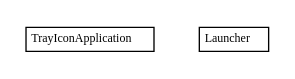
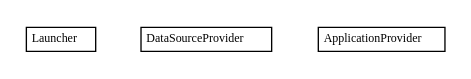
Before and after one commit to myunusov/pm: the diagram in components/apidocs/org/maxur/perfmodel/backend/org.maxur.perfmodel.backend.dot, drawn with Graphviz. The commit also changed 395 other files, not shown here.

```diff
--- a/components/apidocs/org/maxur/perfmodel/backend/org.maxur.perfmodel.backend.dot
+++ b/components/apidocs/org/maxur/perfmodel/backend/org.maxur.perfmodel.backend.dot
@@ -1,24 +1,30 @@
 #!/usr/local/bin/dot
 #
 # Class diagram 
 # Generated by UMLGraph version R5_6-24-gf6e263 (http://www.umlgraph.org/)
 #
 
 digraph G {
 	edge [fontname="Trebuchet MS",fontsize=10,labelfontname="Trebuchet MS",labelfontsize=10];
 	node [fontname="Trebuchet MS",fontsize=10,shape=plaintext];
 	nodesep=0.25;
 	ranksep=0.5;
-	// org.maxur.perfmodel.backend.TrayIconApplication
-	c35 [label=<<table title="org.maxur.perfmodel.backend.TrayIconApplication" border="0" cellborder="1" cellspacing="0" cellpadding="2" port="p" href="./TrayIconApplication.html">
-		<tr><td><table border="0" cellspacing="0" cellpadding="1">
-<tr><td align="center" balign="center"><font face="Trebuchet MS"> TrayIconApplication </font></td></tr>
-		</table></td></tr>
-		</table>>, URL="./TrayIconApplication.html", fontname="Trebuchet MS", fontcolor="black", fontsize=9.0];
 	// org.maxur.perfmodel.backend.Launcher
-	c36 [label=<<table title="org.maxur.perfmodel.backend.Launcher" border="0" cellborder="1" cellspacing="0" cellpadding="2" port="p" href="./Launcher.html">
+	c0 [label=<<table title="org.maxur.perfmodel.backend.Launcher" border="0" cellborder="1" cellspacing="0" cellpadding="2" port="p" href="./Launcher.html">
 		<tr><td><table border="0" cellspacing="0" cellpadding="1">
 <tr><td align="center" balign="center"><font face="Trebuchet MS"> Launcher </font></td></tr>
 		</table></td></tr>
 		</table>>, URL="./Launcher.html", fontname="Trebuchet MS", fontcolor="black", fontsize=9.0];
+	// org.maxur.perfmodel.backend.DataSourceProvider
+	c1 [label=<<table title="org.maxur.perfmodel.backend.DataSourceProvider" border="0" cellborder="1" cellspacing="0" cellpadding="2" port="p" href="./DataSourceProvider.html">
+		<tr><td><table border="0" cellspacing="0" cellpadding="1">
+<tr><td align="center" balign="center"><font face="Trebuchet MS"> DataSourceProvider </font></td></tr>
+		</table></td></tr>
+		</table>>, URL="./DataSourceProvider.html", fontname="Trebuchet MS", fontcolor="black", fontsize=9.0];
+	// org.maxur.perfmodel.backend.ApplicationProvider
+	c2 [label=<<table title="org.maxur.perfmodel.backend.ApplicationProvider" border="0" cellborder="1" cellspacing="0" cellpadding="2" port="p" href="./ApplicationProvider.html">
+		<tr><td><table border="0" cellspacing="0" cellpadding="1">
+<tr><td align="center" balign="center"><font face="Trebuchet MS"> ApplicationProvider </font></td></tr>
+		</table></td></tr>
+		</table>>, URL="./ApplicationProvider.html", fontname="Trebuchet MS", fontcolor="black", fontsize=9.0];
 }
```
